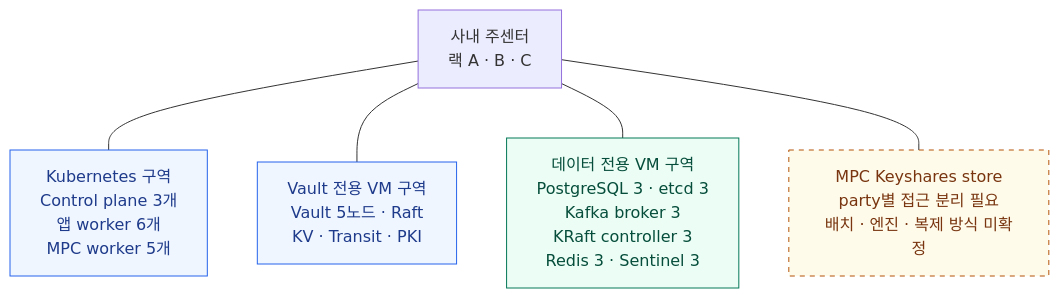
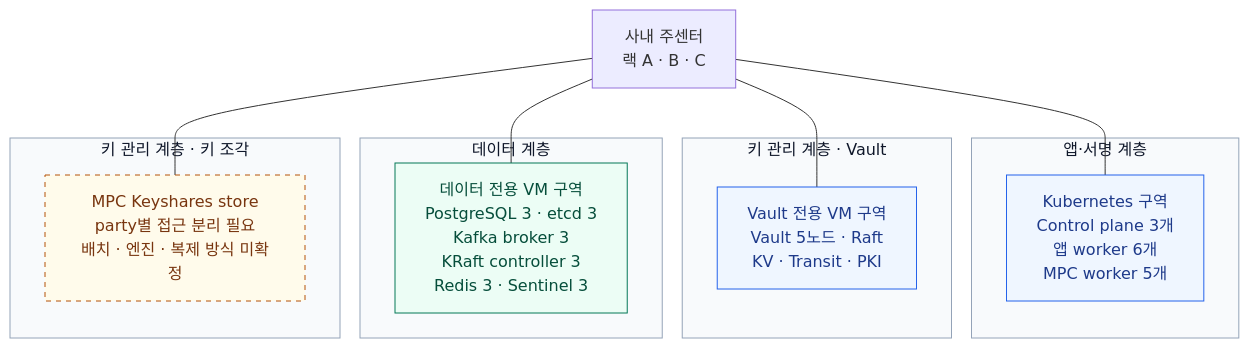
Before and after one commit to eunsujeo/eunpus: the sixth of 8 diagrams in blockchain-manager/docs/WaaS 도입·구축/Dfns/03-baseline-datacenter-design.md, drawn with Mermaid. The commit also changed other lines of this file and 2 other files, not shown here.

Commit message:
docs: group Dfns Baseline diagrams by architecture layer

````diff
--- a/blockchain-manager/docs/WaaS 도입·구축/Dfns/03-baseline-datacenter-design.md
+++ b/blockchain-manager/docs/WaaS 도입·구축/Dfns/03-baseline-datacenter-design.md
@@ -231,18 +306,31 @@
 ```mermaid
+%%{init: {"themeCSS": "foreignObject { line-height: 1.5; }"}}%%
 flowchart TB
     SITE["사내 주센터<br/>랙 A · B · C"]
+    subgraph EXECUTION["앱·서명 계층"]
     K8S["Kubernetes 구역<br/>Control plane 3개<br/>앱 worker 6개<br/>MPC worker 5개"]
+    end
+    subgraph VAULTZONE["키 관리 계층 · Vault"]
     VAULT["Vault 전용 VM 구역<br/>Vault 5노드 · Raft<br/>KV · Transit · PKI"]
+    end
+    subgraph DATAZONE["데이터 계층"]
     DATA["데이터 전용 VM 구역<br/>PostgreSQL 3 · etcd 3<br/>Kafka broker 3<br/>KRaft controller 3<br/>Redis 3 · Sentinel 3"]
+    end
+    subgraph KEYSTORE["키 관리 계층 · 키 조각"]
     KEYS["MPC Keyshares store<br/>party별 접근 분리 필요<br/>배치 · 엔진 · 복제 방식 미확정"]
+    end
     SITE --- K8S
     SITE --- VAULT
     SITE --- DATA
     SITE --- KEYS
     classDef runtime fill:#eff6ff,stroke:#2563eb,color:#1e3a8a
     classDef data fill:#ecfdf5,stroke:#047857,color:#064e3b
     classDef pending fill:#fffbeb,stroke:#b45309,color:#78350f,stroke-dasharray:5 5
     class K8S,VAULT runtime
     class DATA data
     class KEYS pending
+    style EXECUTION fill:#f8fafc,stroke:#94a3b8,color:#0f172a
+    style VAULTZONE fill:#f8fafc,stroke:#94a3b8,color:#0f172a
+    style DATAZONE fill:#f8fafc,stroke:#94a3b8,color:#0f172a
+    style KEYSTORE fill:#f8fafc,stroke:#94a3b8,color:#0f172a
 ```
````
